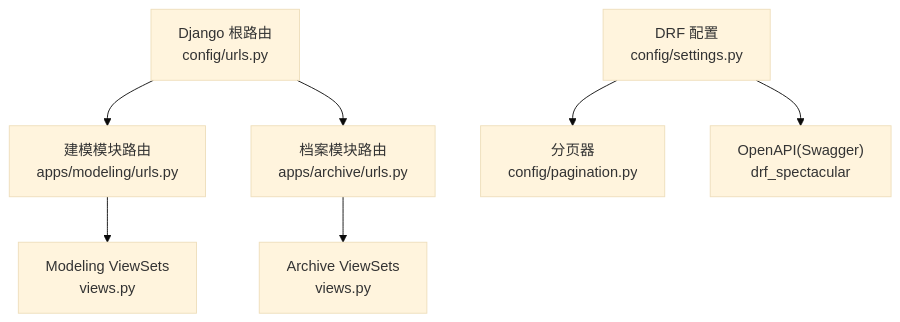
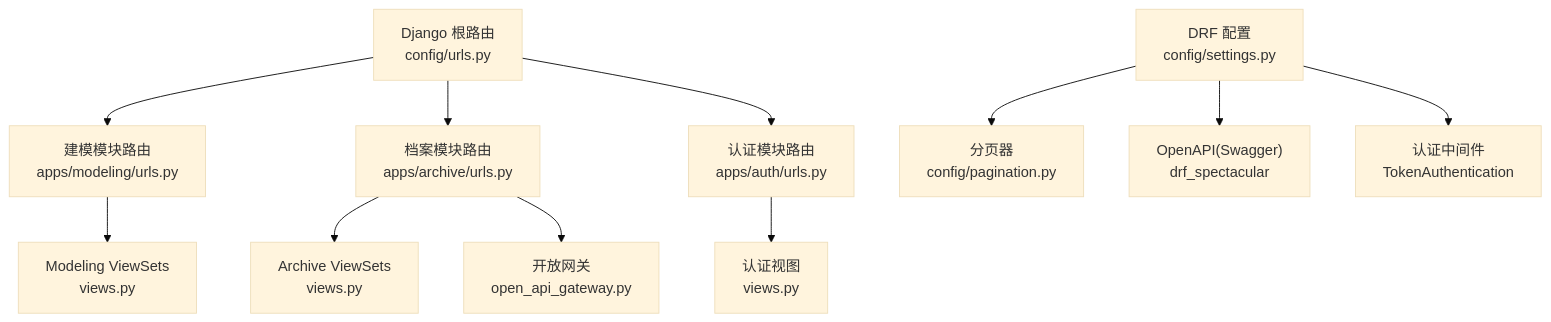
The first of 5 diagrams in .qoder/repowiki/zh/content/API参考文档/API参考文档.md (zyp-coder/Metadata), drawn with Mermaid (base theme) before and after one commit. The commit also changed other lines of this file and 54 other files, not shown here.

````diff
--- a/.qoder/repowiki/zh/content/API参考文档/API参考文档.md
+++ b/.qoder/repowiki/zh/content/API参考文档/API参考文档.md
@@ -43,9 +54,13 @@
 ```mermaid
 graph TB
 A["Django 根路由<br/>config/urls.py"] --> B["建模模块路由<br/>apps/modeling/urls.py"]
 A --> C["档案模块路由<br/>apps/archive/urls.py"]
-B --> D["Modeling ViewSets<br/>views.py"]
-C --> E["Archive ViewSets<br/>views.py"]
-F["DRF 配置<br/>config/settings.py"] --> G["分页器<br/>config/pagination.py"]
-F --> H["OpenAPI(Swagger)<br/>drf_spectacular"]
+A --> D["认证模块路由<br/>apps/auth/urls.py"]
+B --> E["Modeling ViewSets<br/>views.py"]
+C --> F["Archive ViewSets<br/>views.py"]
+C --> G["开放网关<br/>open_api_gateway.py"]
+D --> H["认证视图<br/>views.py"]
+I["DRF 配置<br/>config/settings.py"] --> J["分页器<br/>config/pagination.py"]
+I --> K["OpenAPI(Swagger)<br/>drf_spectacular"]
+I --> L["认证中间件<br/>TokenAuthentication"]
 ```
````
